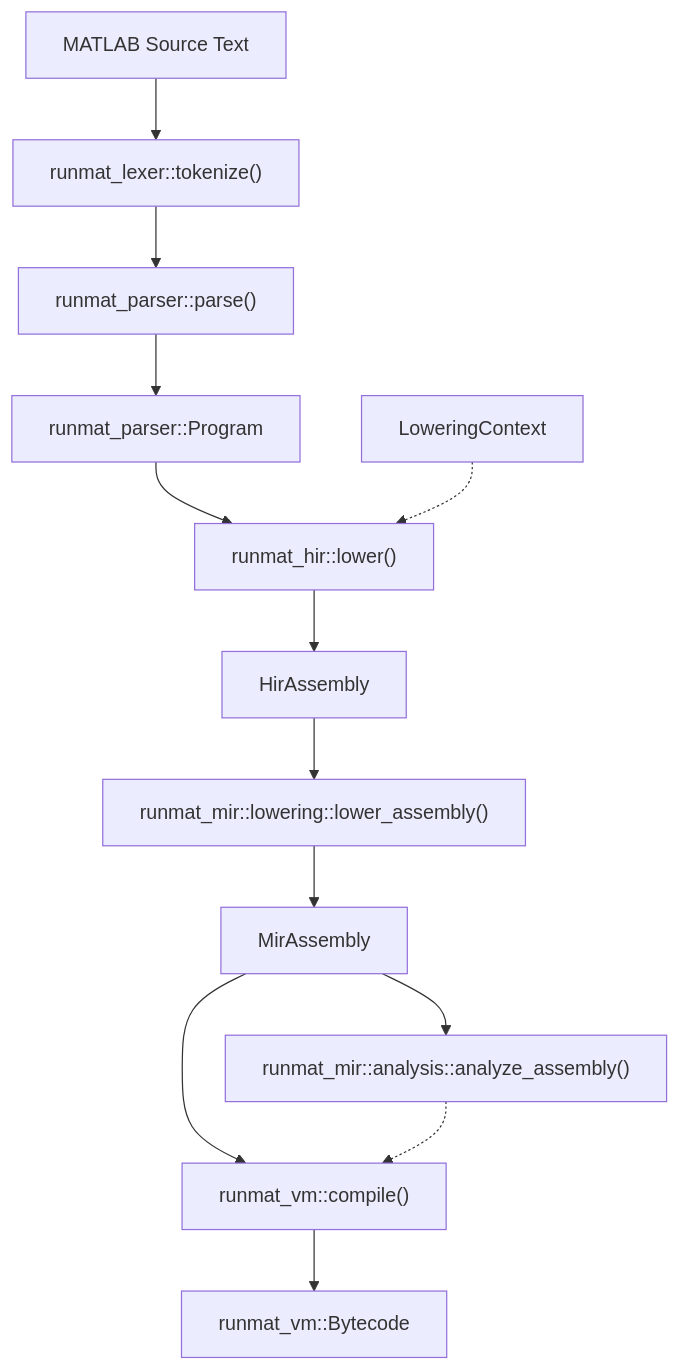
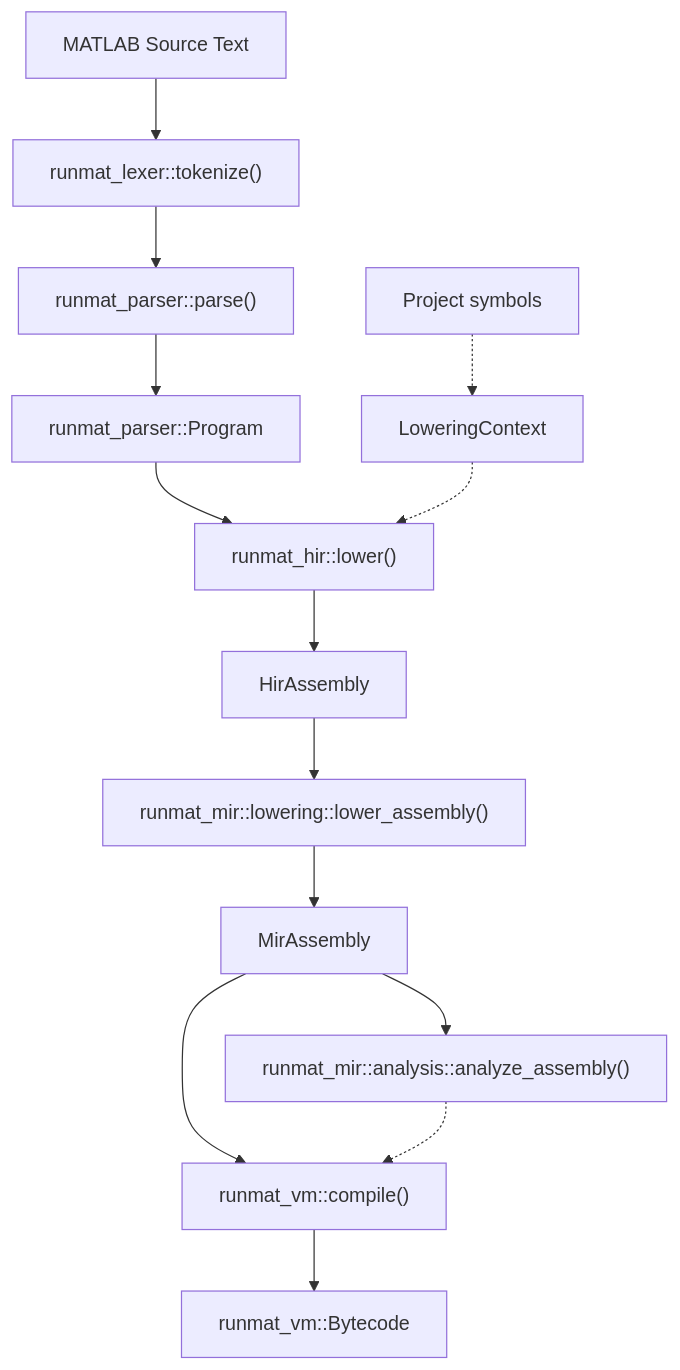
Before and after one commit to runmat-org/runmat: the diagram in docs/compiler/index.md, drawn with Mermaid. The commit also changed other lines of this file and 15 other files, not shown here.

````diff
--- a/docs/compiler/index.md
+++ b/docs/compiler/index.md
@@ -26,32 +27,34 @@
 ```mermaid
 flowchart TD
   %% Subgraph: runmat-vm
   %% Subgraph: runmat-mir
   %% Subgraph: runmat-hir
   %% Subgraph: runmat-lexer & runmat-parser
   %% Subgraph: Natural Language / Source Space
   Input["MATLAB Source Text"]
   Lexer["runmat_lexer::tokenize()"]
   Parser["runmat_parser::parse()"]
   AST["runmat_parser::Program"]
   LoweringCtx["LoweringContext"]
+  ProjectSymbols["Project symbols"]
   HIR_Lower["runmat_hir::lower()"]
   Assembly["HirAssembly"]
   MIR_Lower["runmat_mir::lowering::lower_assembly()"]
   MIR_Data["MirAssembly"]
   Analysis["runmat_mir::analysis::analyze_assembly()"]
   Compiler["runmat_vm::compile()"]
   Bytecode["runmat_vm::Bytecode"]
   Input --> Lexer
   Lexer --> Parser
   Parser --> AST
+  ProjectSymbols -.-> LoweringCtx
   AST --> HIR_Lower
   LoweringCtx -.-> HIR_Lower
   HIR_Lower --> Assembly
   Assembly --> MIR_Lower
   MIR_Lower --> MIR_Data
   MIR_Data --> Analysis
   MIR_Data --> Compiler
   Analysis -.-> Compiler
   Compiler --> Bytecode
 ```
````
